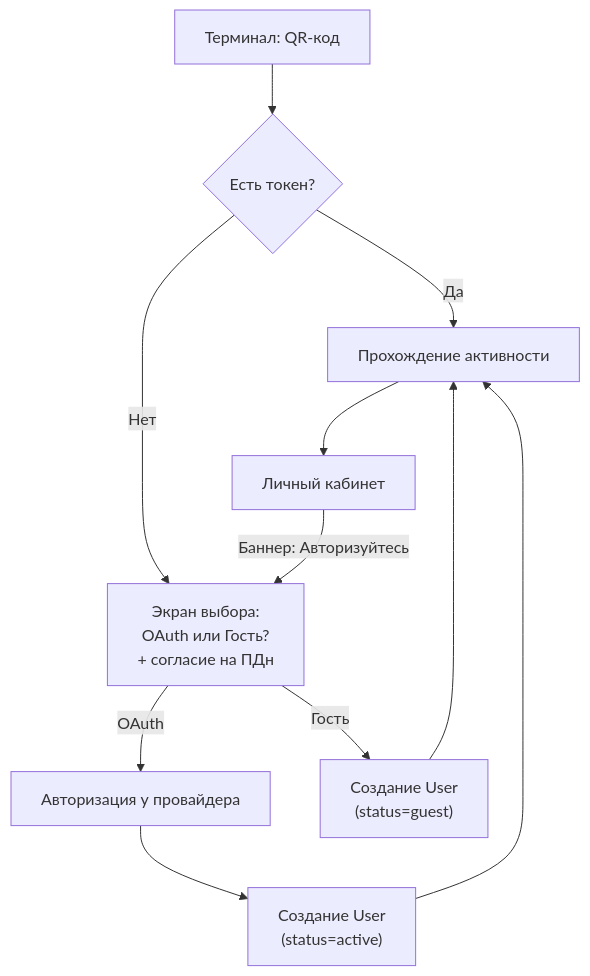
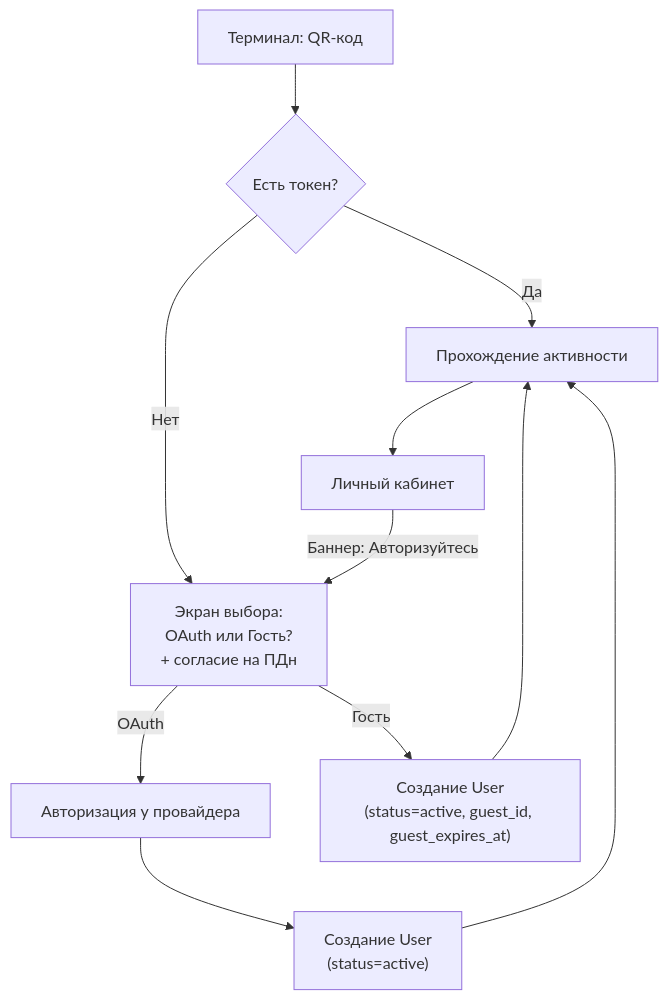
The second of 8 diagrams in docs/concept/explanatory-note.md (atlassys-smm/RZN), drawn with Mermaid before and after one commit. The commit also changed other lines of this file and 34 other files, not shown here.

````diff
--- a/docs/concept/explanatory-note.md
+++ b/docs/concept/explanatory-note.md
@@ -69,13 +72,13 @@
 ```mermaid
 flowchart TD
     QR["Терминал: QR-код"] --> Check{"Есть токен?"}
     Check -->|Да| Activity["Прохождение активности"]
     Check -->|Нет| Choice["Экран выбора:<br/>OAuth или Гость?<br/>+ согласие на ПДн"]
     Choice -->|OAuth| Auth["Авторизация у провайдера"]
     Auth --> CreateActive["Создание User<br/>(status=active)"]
     CreateActive --> Activity
-    Choice -->|Гость| CreateGuest["Создание User<br/>(status=guest)"]
+    Choice -->|Гость| CreateGuest["Создание User<br/>(status=active, guest_id, guest_expires_at)"]
     CreateGuest --> Activity
     Activity --> Profile["Личный кабинет"]
     Profile -->|"Баннер: Авторизуйтесь"| Choice
 ```
````
